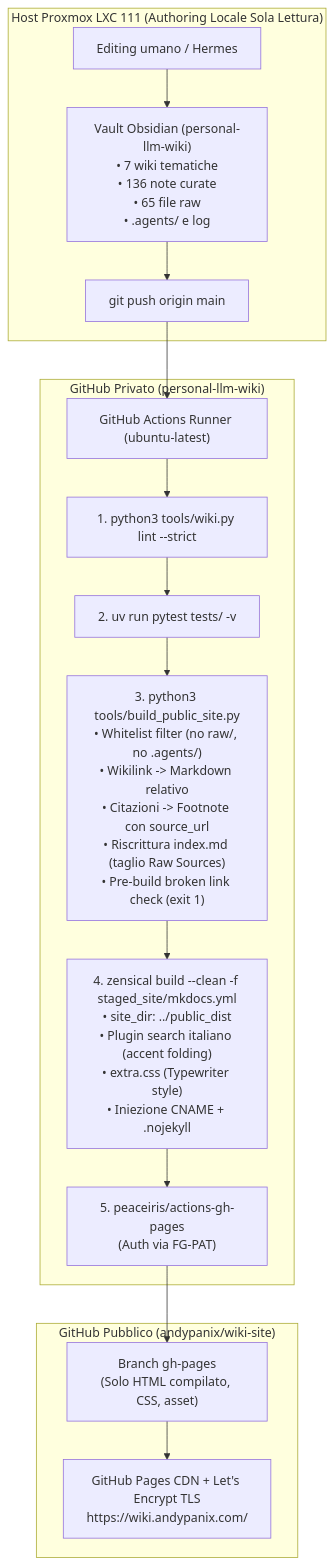
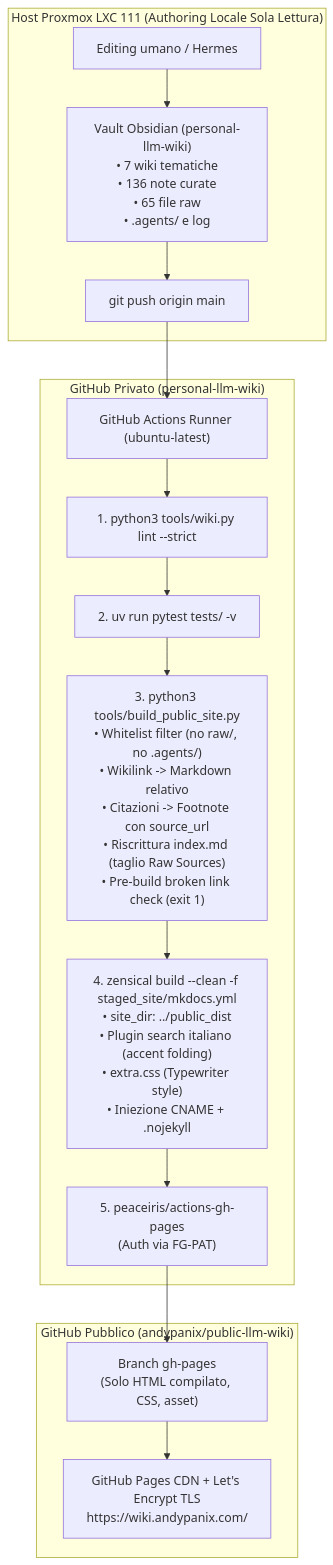
One commit to andypanix/public-llm-wiki changed the diagram in docs/designs/wiki-site.md. Above: the diagram before and after it, drawn with Mermaid. The commit also changed other lines of this file, not shown here.

Commit message:
docs: aggiorna nome repository pubblico a andypanix/public-llm-wiki

````diff
--- a/docs/designs/wiki-site.md
+++ b/docs/designs/wiki-site.md
@@ -103,28 +103,28 @@
 ```mermaid
 flowchart TD
     subgraph Host_LXC["Host Proxmox LXC 111 (Authoring Locale Sola Lettura)"]
         Vault["Vault Obsidian (personal-llm-wiki)\n• 7 wiki tematiche\n• 136 note curate\n• 65 file raw\n• .agents/ e log"]
         Authoring["Editing umano / Hermes"]
         Push["git push origin main"]
         Authoring --> Vault --> Push
     end
 
     subgraph GitHub_Private["GitHub Privato (personal-llm-wiki)"]
         GHA["GitHub Actions Runner (ubuntu-latest)"]
         Linter["1. python3 tools/wiki.py lint --strict"]
         Tests["2. uv run pytest tests/ -v"]
         Staging["3. python3 tools/build_public_site.py\n• Whitelist filter (no raw/, no .agents/)\n• Wikilink -> Markdown relativo\n• Citazioni -> Footnote con source_url\n• Riscrittura index.md (taglio Raw Sources)\n• Pre-build broken link check (exit 1)"]
         Zensical["4. zensical build --clean -f staged_site/mkdocs.yml\n• site_dir: ../public_dist\n• Plugin search italiano (accent folding)\n• extra.css (Typewriter style)\n• Iniezione CNAME + .nojekyll"]
         DeployStep["5. peaceiris/actions-gh-pages\n(Auth via FG-PAT)"]
 
         Push --> GHA
         GHA --> Linter --> Tests --> Staging --> Zensical --> DeployStep
     end
 
-    subgraph GitHub_Public["GitHub Pubblico (andypanix/wiki-site)"]
+    subgraph GitHub_Public["GitHub Pubblico (andypanix/public-llm-wiki)"]
         RepoPublic["Branch gh-pages\n(Solo HTML compilato, CSS, asset)"]
         CDN["GitHub Pages CDN + Let's Encrypt TLS\nhttps://wiki.andypanix.com/"]
 
         DeployStep --> RepoPublic --> CDN
     end
 ```
````
